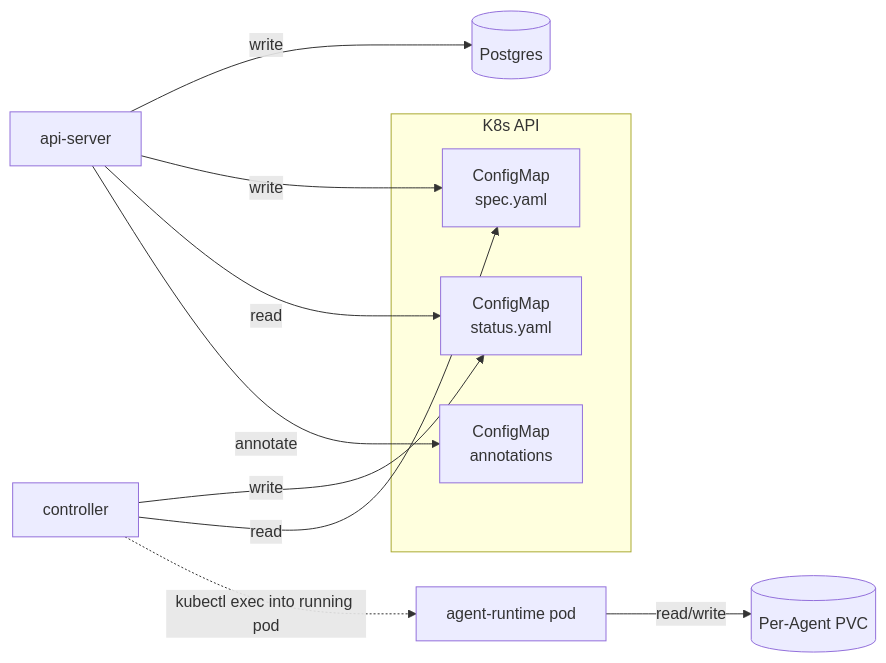
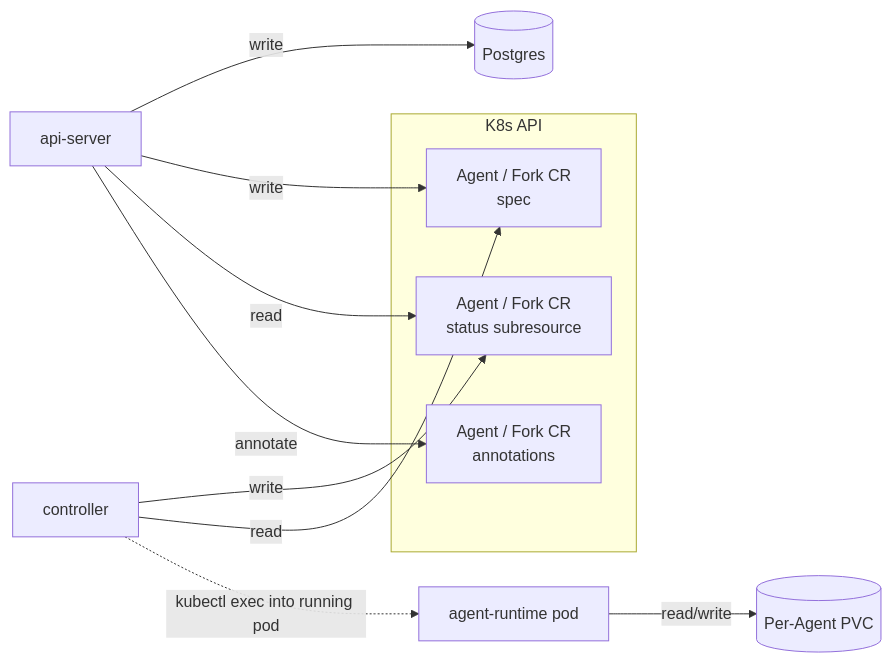
One commit to subbyte/dam changed the diagram in docs/architecture/persistence.md. Above: the diagram before and after it, drawn with Mermaid. The commit also changed other lines of this file and 2 other files, not shown here.

First line of the commit message:
docs(architecture): rewrite resource model for CRD migration (ADR-058/059) (#897)

````diff
--- a/docs/architecture/persistence.md
+++ b/docs/architecture/persistence.md
@@ -34,27 +34,27 @@
 ```mermaid
 flowchart LR
   api-server[api-server]
   controller[controller]
   agent-runtime[agent-runtime pod]
 
   postgres[(Postgres)]
 
   subgraph k8s[K8s API]
-    cm-spec[ConfigMap<br/>spec.yaml]
-    cm-status[ConfigMap<br/>status.yaml]
-    cm-anno[ConfigMap<br/>annotations]
+    cr-spec[Agent / Fork CR<br/>spec]
+    cr-status[Agent / Fork CR<br/>status subresource]
+    cr-anno[Agent / Fork CR<br/>annotations]
   end
 
   pvc[(Per-Agent PVC)]
 
   api-server -->|write| postgres
-  api-server -->|write| cm-spec
-  api-server -->|read| cm-status
-  api-server -->|annotate| cm-anno
+  api-server -->|write| cr-spec
+  api-server -->|read| cr-status
+  api-server -->|annotate| cr-anno
 
-  controller -->|write| cm-status
-  controller -->|read| cm-spec
+  controller -->|write| cr-status
+  controller -->|read| cr-spec
   controller -.kubectl exec into running pod.-> agent-runtime
 
   agent-runtime -->|read/write| pvc
 ```
````
